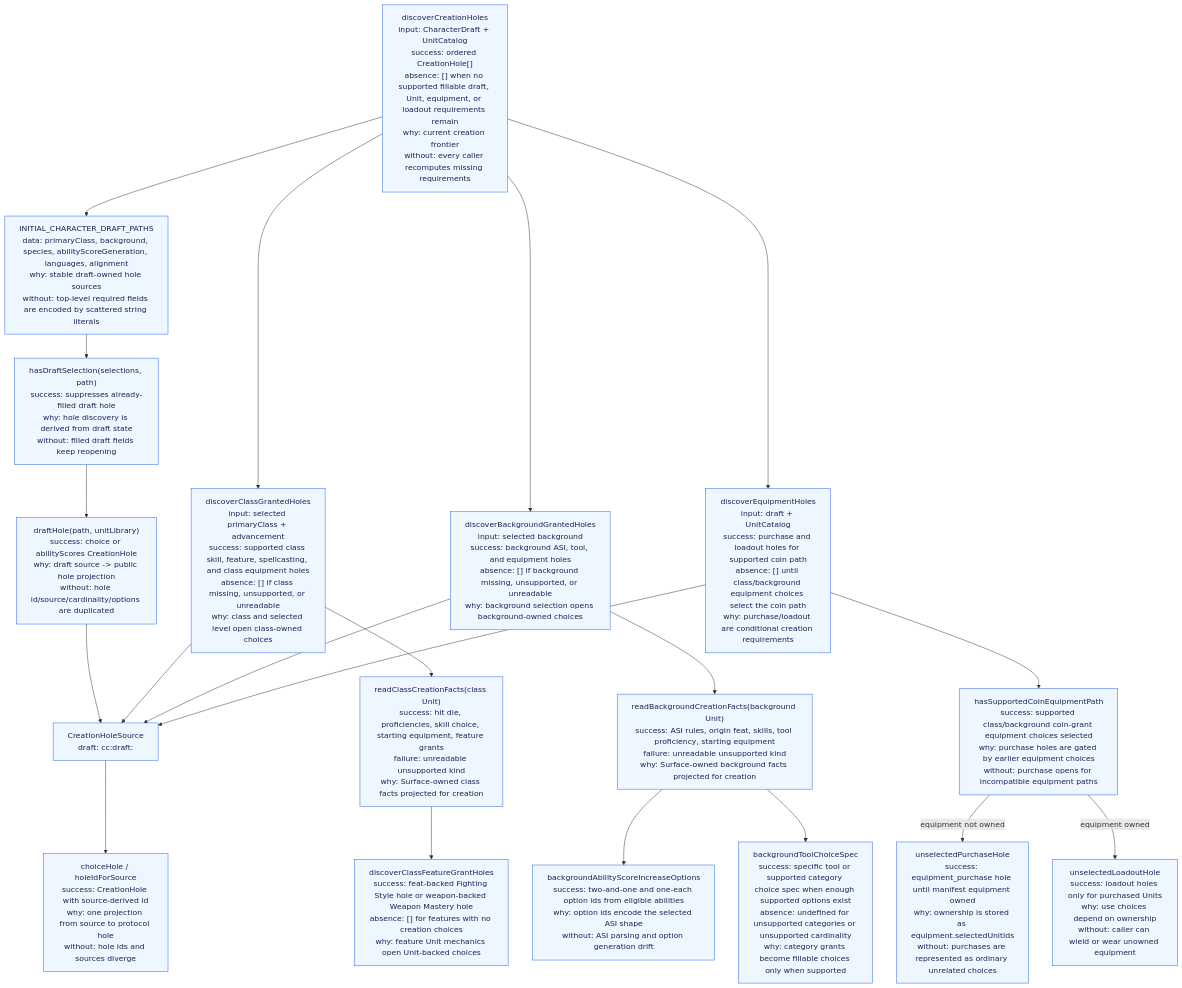
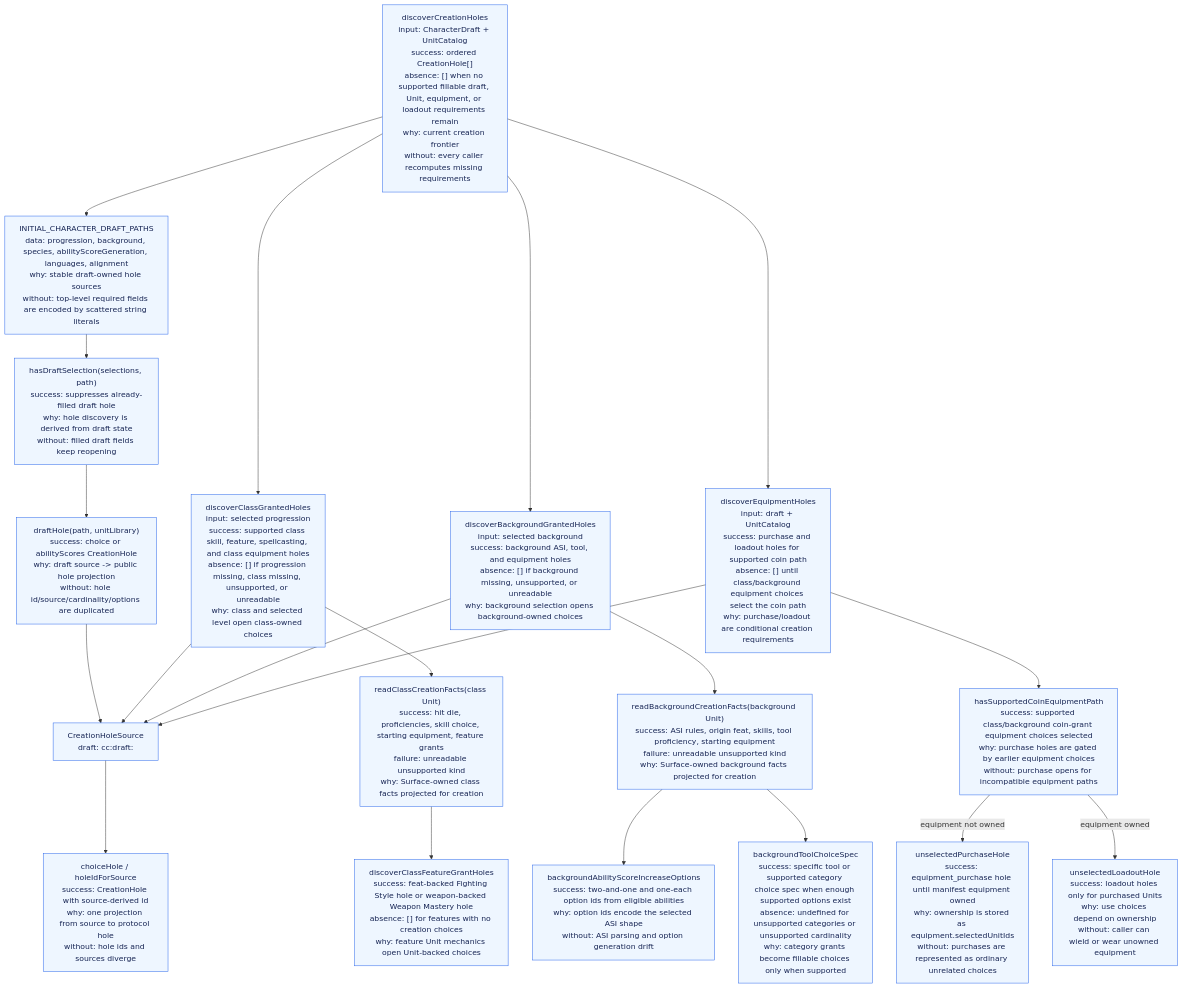
Before and after one commit to dearlordylord/5e-quint: the second of 3 diagrams in packages/character-creation-runtime/ARCHITECTURE_GRAPH.md, drawn with Mermaid. The commit also changed other lines of this file and 21 other files, not shown here.

Commit message:
Replace level-one advancement workflow

````diff
--- a/packages/character-creation-runtime/ARCHITECTURE_GRAPH.md
+++ b/packages/character-creation-runtime/ARCHITECTURE_GRAPH.md
@@ -83,41 +83,41 @@
 ```mermaid
 flowchart TD
   Discover["discoverCreationHoles<br/>input: CharacterDraft + UnitCatalog<br/>success: ordered CreationHole[]<br/>absence: [] when no supported fillable draft, Unit, equipment, or loadout requirements remain<br/>why: current creation frontier<br/>without: every caller recomputes missing requirements"]
-  DraftPaths["INITIAL_CHARACTER_DRAFT_PATHS<br/>data: primaryClass, background, species, abilityScoreGeneration, languages, alignment<br/>why: stable draft-owned hole sources<br/>without: top-level required fields are encoded by scattered string literals"]
+  DraftPaths["INITIAL_CHARACTER_DRAFT_PATHS<br/>data: progression, background, species, abilityScoreGeneration, languages, alignment<br/>why: stable draft-owned hole sources<br/>without: top-level required fields are encoded by scattered string literals"]
   DraftHole["draftHole(path, unitLibrary)<br/>success: choice or abilityScores CreationHole<br/>why: draft source -> public hole projection<br/>without: hole id/source/cardinality/options are duplicated"]
   HasDraftSelection["hasDraftSelection(selections, path)<br/>success: suppresses already-filled draft hole<br/>why: hole discovery is derived from draft state<br/>without: filled draft fields keep reopening"]
 
-  ClassGranted["discoverClassGrantedHoles<br/>input: selected primaryClass + advancement<br/>success: supported class skill, feature, spellcasting, and class equipment holes<br/>absence: [] if class missing, unsupported, or unreadable<br/>why: class and selected level open class-owned choices"]
+  ClassGranted["discoverClassGrantedHoles<br/>input: selected progression<br/>success: supported class skill, feature, spellcasting, and class equipment holes<br/>absence: [] if progression missing, class missing, unsupported, or unreadable<br/>why: class and selected level open class-owned choices"]
   ReadClass["readClassCreationFacts(class Unit)<br/>success: hit die, proficiencies, skill choice, starting equipment, feature grants<br/>failure: unreadable unsupported kind<br/>why: Surface-owned class facts projected for creation"]
   FeatureHole["discoverClassFeatureGrantHoles<br/>success: feat-backed Fighting Style hole or weapon-backed Weapon Mastery hole<br/>absence: [] for features with no creation choices<br/>why: feature Unit mechanics open Unit-backed choices"]
 
   BackgroundGranted["discoverBackgroundGrantedHoles<br/>input: selected background<br/>success: background ASI, tool, and equipment holes<br/>absence: [] if background missing, unsupported, or unreadable<br/>why: background selection opens background-owned choices"]
   ReadBackground["readBackgroundCreationFacts(background Unit)<br/>success: ASI rules, origin feat, skills, tool proficiency, starting equipment<br/>failure: unreadable unsupported kind<br/>why: Surface-owned background facts projected for creation"]
   BackgroundAsi["backgroundAbilityScoreIncreaseOptions<br/>success: two-and-one and one-each option ids from eligible abilities<br/>why: option ids encode the selected ASI shape<br/>without: ASI parsing and option generation drift"]
   BackgroundTool["backgroundToolChoiceSpec<br/>success: specific tool or supported category choice spec when enough supported options exist<br/>absence: undefined for unsupported categories or unsupported cardinality<br/>why: category grants become fillable choices only when supported"]
 
   Equipment["discoverEquipmentHoles<br/>input: draft + UnitCatalog<br/>success: purchase and loadout holes for supported coin path<br/>absence: [] until class/background equipment choices select the coin path<br/>why: purchase/loadout are conditional creation requirements"]
   CoinPath["hasSupportedCoinEquipmentPath<br/>success: supported class/background coin-grant equipment choices selected<br/>why: purchase holes are gated by earlier equipment choices<br/>without: purchase opens for incompatible equipment paths"]
   Purchase["unselectedPurchaseHole<br/>success: equipment_purchase hole until manifest equipment owned<br/>why: ownership is stored as equipment.selectedUnitIds<br/>without: purchases are represented as ordinary unrelated choices"]
   Loadout["unselectedLoadoutHole<br/>success: loadout holes only for purchased Units<br/>why: use choices depend on ownership<br/>without: caller can wield or wear unowned equipment"]
 
   Source["CreationHoleSource<br/>draft: cc:draft:<path><br/>unit: cc:unit:<unit id>:<choice key><br/>why: semantic source address for stable hole ids<br/>without: hole identity is arbitrary display text"]
   ChoiceHole["choiceHole / holeIdForSource<br/>success: CreationHole with source-derived id<br/>why: one projection from source to protocol hole<br/>without: hole ids and sources diverge"]
 
   Discover --> DraftPaths --> HasDraftSelection --> DraftHole
   Discover --> ClassGranted --> ReadClass --> FeatureHole
   Discover --> BackgroundGranted --> ReadBackground
   ReadBackground --> BackgroundAsi
   ReadBackground --> BackgroundTool
   Discover --> Equipment --> CoinPath
   CoinPath -->|equipment not owned| Purchase
   CoinPath -->|equipment owned| Loadout
   DraftHole --> Source
   ClassGranted --> Source
   BackgroundGranted --> Source
   Equipment --> Source
   Source --> ChoiceHole
 
   classDef implemented fill:#eef6ff,stroke:#2563eb,color:#172554;
   class Discover,DraftPaths,DraftHole,HasDraftSelection,ClassGranted,ReadClass,FeatureHole,BackgroundGranted,ReadBackground,BackgroundAsi,BackgroundTool,Equipment,CoinPath,Purchase,Loadout,Source,ChoiceHole implemented;
 ```
````
